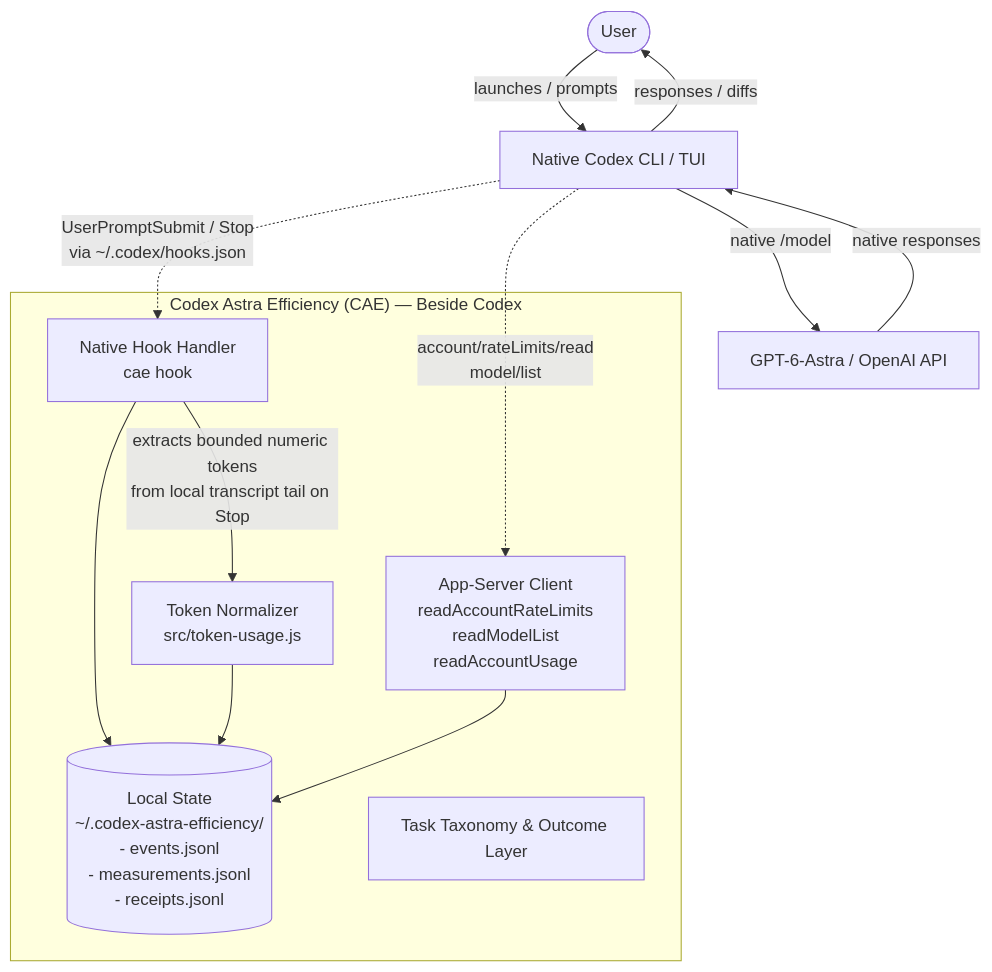
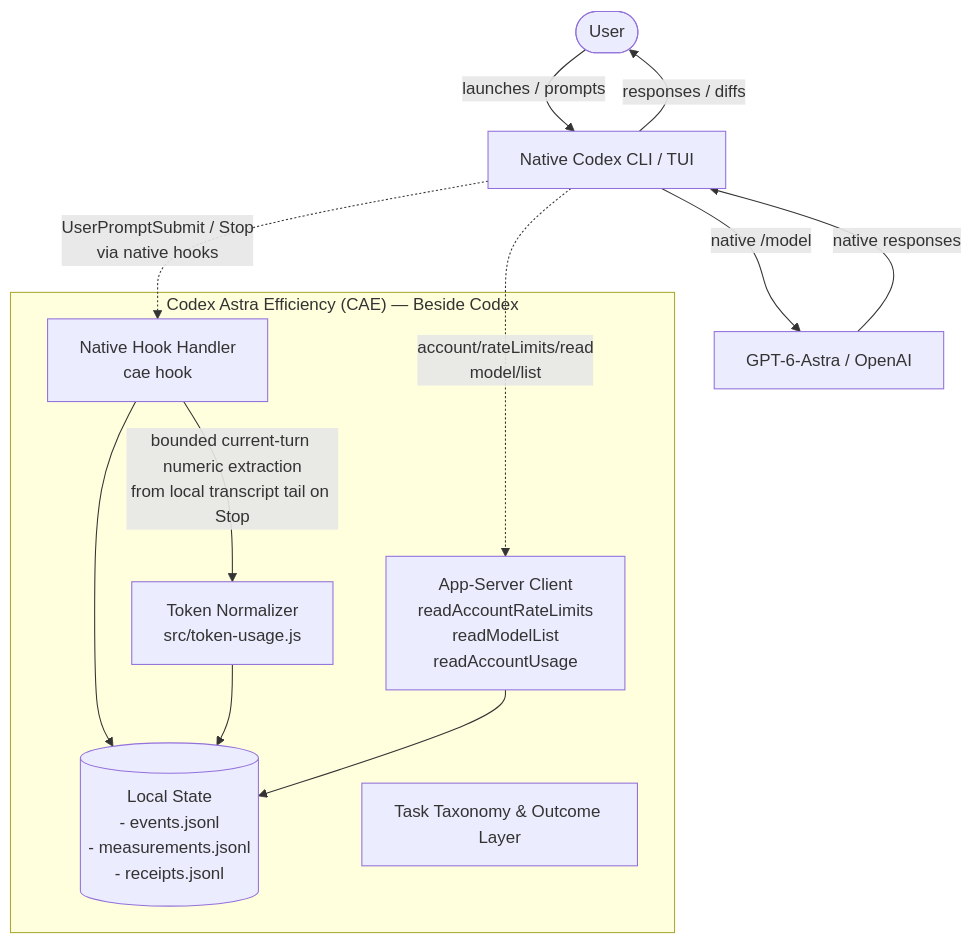
One commit to EchoEe247/codex-astra-efficiency changed the diagram in docs/ARCHITECTURE.md. Above: the diagram before and after it, drawn with Mermaid. The commit also changed other lines of this file, not shown here.

Commit message:
Align token-accounting architecture with verified implementation

````diff
--- a/docs/ARCHITECTURE.md
+++ b/docs/ARCHITECTURE.md
@@ -16,22 +17,22 @@
 ```mermaid
 flowchart TD
     User([User]) -->|launches / prompts| Codex[Native Codex CLI / TUI]
-    Codex -->|native /model| Astra[GPT-6-Astra / OpenAI API]
+    Codex -->|native /model| Astra[GPT-6-Astra / OpenAI]
     Astra -->|native responses| Codex
     Codex -->|responses / diffs| User
 
     subgraph "Codex Astra Efficiency (CAE) — Beside Codex"
         Hooks[Native Hook Handler\ncae hook]
         AppServer[App-Server Client\nreadAccountRateLimits\nreadModelList\nreadAccountUsage]
         TokenNorm[Token Normalizer\nsrc/token-usage.js]
-        LocalStorage[(Local State\n~/.codex-astra-efficiency/\n- events.jsonl\n- measurements.jsonl\n- receipts.jsonl)]
+        LocalStorage[(Local State\n- events.jsonl\n- measurements.jsonl\n- receipts.jsonl)]
         Taxonomy[Task Taxonomy & Outcome Layer]
     end
 
-    Codex -.->|UserPromptSubmit / Stop\nvia ~/.codex/hooks.json| Hooks
-    Hooks -->|extracts bounded numeric tokens\nfrom local transcript tail on Stop| TokenNorm
+    Codex -.->|UserPromptSubmit / Stop\nvia native hooks| Hooks
+    Hooks -->|bounded current-turn numeric extraction\nfrom local transcript tail on Stop| TokenNorm
     Codex -.->|account/rateLimits/read\nmodel/list| AppServer
     Hooks --> LocalStorage
     TokenNorm --> LocalStorage
     AppServer --> LocalStorage
 ```
````
